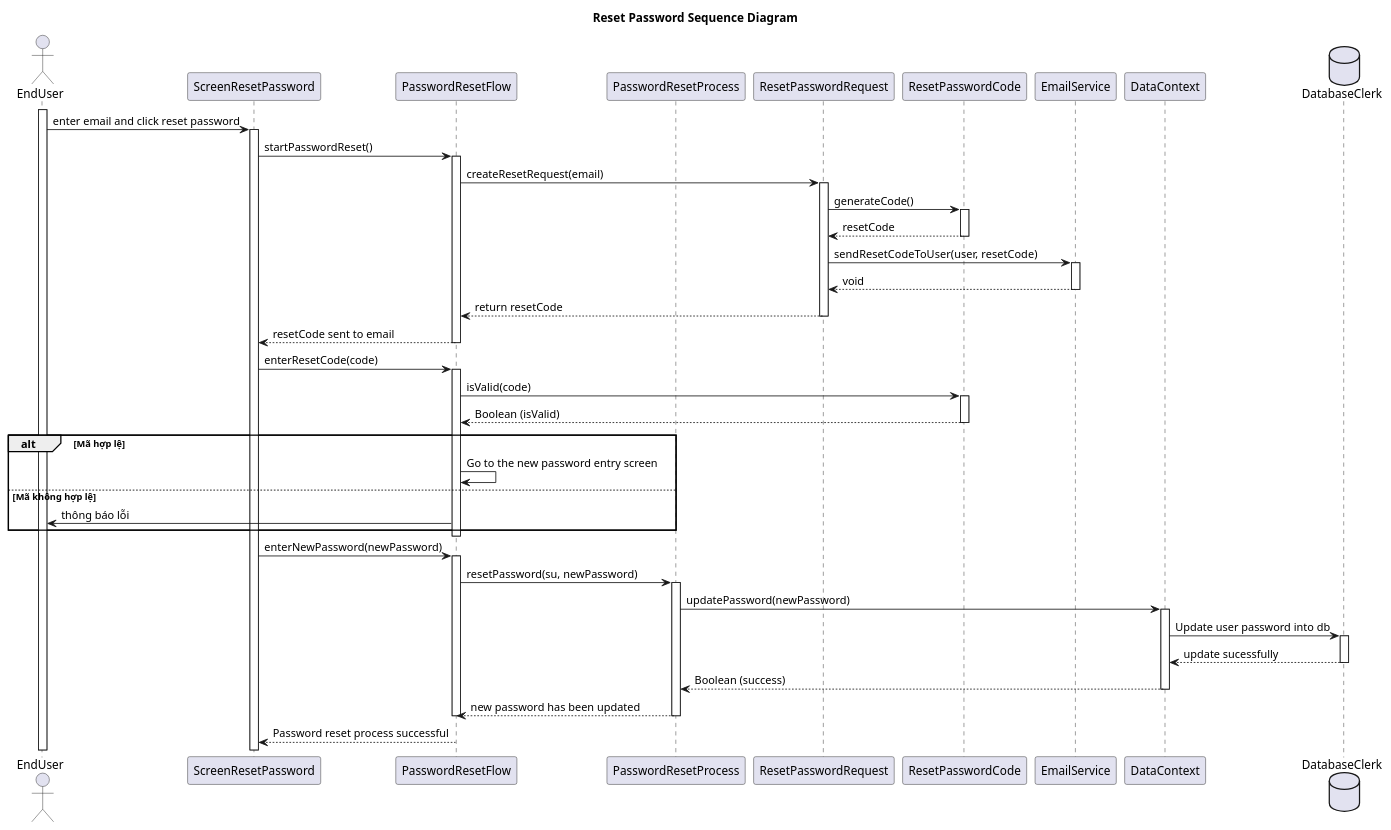
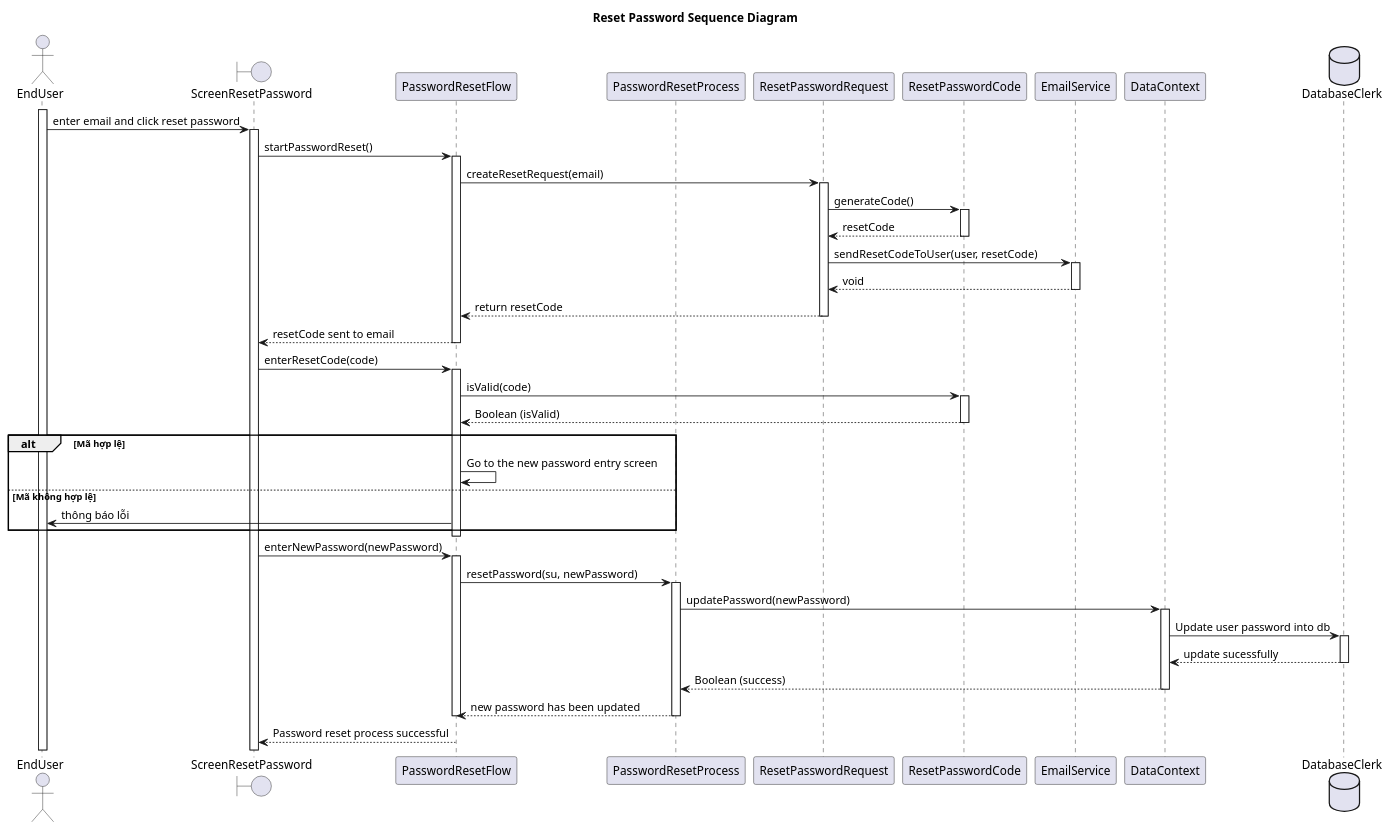
Before and after one commit to Caothuludau/InSyncDocument: the diagram in ClassDiagram/Authentication/ResetPasswordSequenceDiagram.plantuml, drawn with PlantUML. The commit also changed 22 other files, not shown here.

```diff
--- a/ClassDiagram/Authentication/ResetPasswordSequenceDiagram.plantuml
+++ b/ClassDiagram/Authentication/ResetPasswordSequenceDiagram.plantuml
@@ -1,80 +1,80 @@
 @startuml ResetPasswordSequenceDiagram
 skinparam classAttributeIconSize 0
 Title Reset Password Sequence Diagram
 'Character	Visibility
 '-			private
 '#			protected
 '~			package private
 '+			public
 
 'Extension	<|--	Quan hệ mở rộng từ (là extends hoặc implements nhưng ko có annotations trong code)
 'Composition	*--	 Quan hệ gắn kết chặt chẽ : part - of
 'Aggregation	o--	Quan hệ liên kết giữa hai thực thể : use, has
 
 ' Include các file vào trong file để sử dụng'
 actor EndUser as u
-participant ScreenResetPassword as srp
+boundary ScreenResetPassword as srp
 participant PasswordResetFlow as f
 participant PasswordResetProcess as p
 participant ResetPasswordRequest as r
 participant ResetPasswordCode as c
 participant EmailService as e
 participant DataContext as su
 database DatabaseClerk as db
 
 activate u
 u -> srp : enter email and click reset password
 activate srp
 srp ->f: startPasswordReset()
 activate f
 f -> r: createResetRequest(email)
 activate r
 r -> c: generateCode()
 activate c
 c --> r: resetCode
 deactivate c
 r -> e: sendResetCodeToUser(user, resetCode)
 activate e
 e --> r: void
 deactivate e
 r --> f: return resetCode
 deactivate r
 f --> srp: resetCode sent to email
 deactivate f
 
 
 srp ->f: enterResetCode(code)
 activate f
 f -> c: isValid(code)
 activate c
 c --> f: Boolean (isValid)
 deactivate c
 alt Mã hợp lệ
     f -> f: Go to the new password entry screen
 else Mã không hợp lệ
     f -> u: thông báo lỗi
 end
 deactivate f
 
 
 srp ->f: enterNewPassword(newPassword)
 activate f
 f -> p: resetPassword(su, newPassword)
 activate p
 p -> su: updatePassword(newPassword)
 activate su
 su -> db : Update user password into db
 activate db
 db --> su : update sucessfully
 deactivate db
 su --> p: Boolean (success)
 deactivate su
 p --> f: new password has been updated
 deactivate p
 deactivate f
 
 
 f --> srp: Password reset process successful
 deactivate f
 
 @enduml
```
